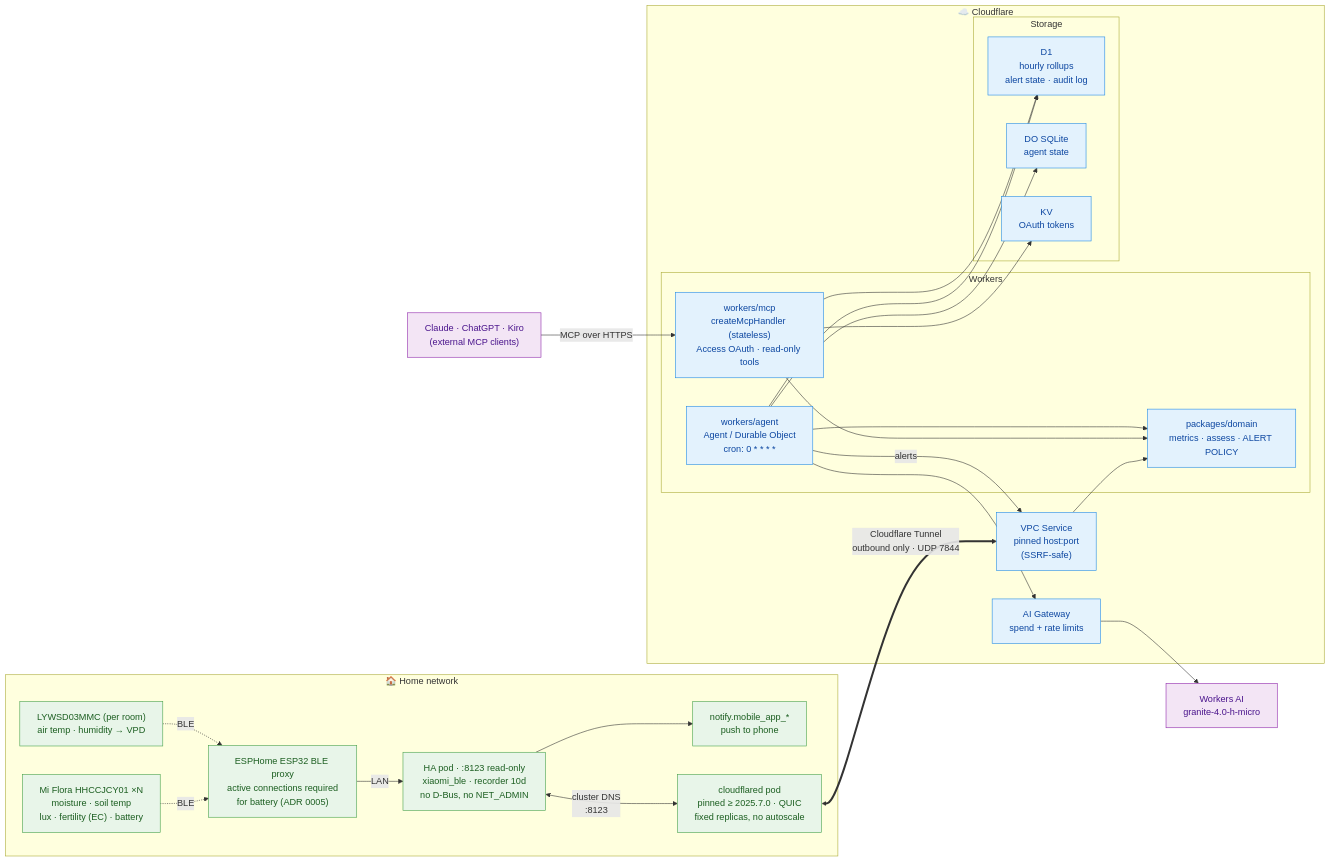
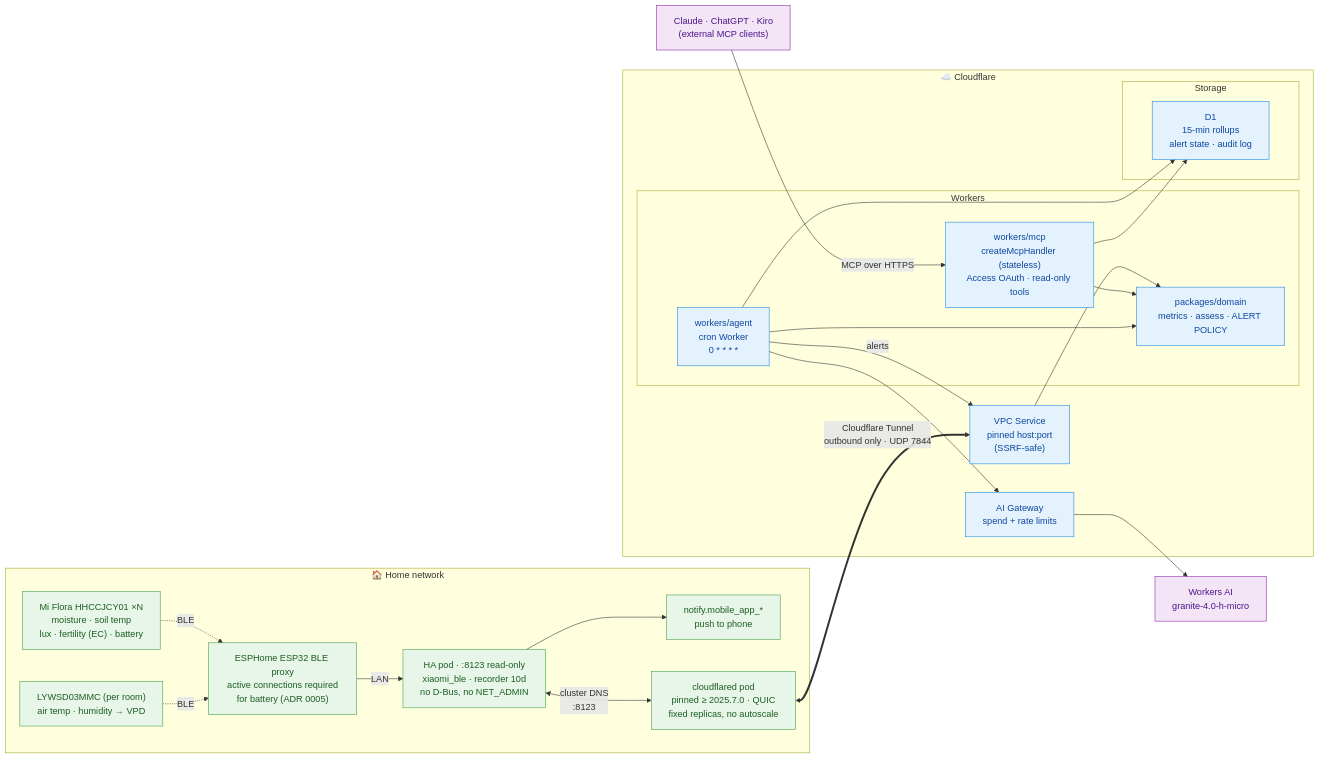
Before and after one commit to mysticrenji/agent-greenhopper: the diagram in docs/architecture.md, drawn with Mermaid. The commit also changed other lines of this file and 7 other files, not shown here.

````diff
--- a/docs/architecture.md
+++ b/docs/architecture.md
@@ -12,59 +12,55 @@
 ```mermaid
 flowchart LR
     subgraph HOME["🏠 Home network"]
         MIFLORA["Mi Flora HHCCJCY01 ×N<br/>moisture · soil temp<br/>lux · fertility (EC) · battery"]
         RHSENSOR["LYWSD03MMC (per room)<br/>air temp · humidity → VPD"]
         PROXY["ESPHome ESP32 BLE proxy<br/>active connections required<br/>for battery (ADR 0005)"]
         HA["HA pod · :8123 read-only<br/>xiaomi_ble · recorder 10d<br/>no D-Bus, no NET_ADMIN"]
         NOTIFY["notify.mobile_app_*<br/>push to phone"]
         CFD["cloudflared pod<br/>pinned ≥ 2025.7.0 · QUIC<br/>fixed replicas, no autoscale"]
 
         MIFLORA -. BLE .-> PROXY
         RHSENSOR -. BLE .-> PROXY
         PROXY -- "LAN" --> HA
         HA <-- "cluster DNS<br/>:8123" --> CFD
         HA --> NOTIFY
     end
 
     CFD <== "Cloudflare Tunnel<br/>outbound only · UDP 7844" ==> VPC
 
     subgraph CF["☁️ Cloudflare"]
         VPC["VPC Service<br/>pinned host:port<br/>(SSRF-safe)"]
 
         subgraph WORKERS["Workers"]
             MCP["workers/mcp<br/>createMcpHandler (stateless)<br/>Access OAuth · read-only tools"]
-            AGENT["workers/agent<br/>Agent / Durable Object<br/>cron: 0 * * * *"]
+            AGENT["workers/agent<br/>cron Worker<br/>0 * * * *"]
             CORE["packages/domain<br/>metrics · assess · ALERT POLICY"]
         end
 
         subgraph STORE["Storage"]
-            D1["D1<br/>hourly rollups<br/>alert state · audit log"]
-            DOSQL["DO SQLite<br/>agent state"]
-            KV["KV<br/>OAuth tokens"]
+            D1["D1<br/>15-min rollups<br/>alert state · audit log"]
         end
 
         GW["AI Gateway<br/>spend + rate limits"]
     end
 
     LLM["Workers AI<br/>granite-4.0-h-micro"]
     CLIENTS["Claude · ChatGPT · Kiro<br/>(external MCP clients)"]
 
     VPC --> CORE
     MCP --> CORE
     AGENT --> CORE
     AGENT --> D1
-    AGENT --> DOSQL
     MCP --> D1
-    MCP --> KV
     AGENT --> GW
     GW --> LLM
     AGENT -- "alerts" --> VPC
     CLIENTS -- "MCP over HTTPS" --> MCP
 
     classDef home fill:#e8f5e9,stroke:#43a047,color:#1b5e20
     classDef cloud fill:#e3f2fd,stroke:#1e88e5,color:#0d47a1
     classDef ext fill:#f3e5f5,stroke:#8e24aa,color:#4a148c
     class MIFLORA,RHSENSOR,PROXY,HA,NOTIFY,CFD home
-    class VPC,MCP,AGENT,CORE,D1,DOSQL,KV,GW cloud
+    class VPC,MCP,AGENT,CORE,D1,GW cloud
     class LLM,CLIENTS ext
 ```
````
